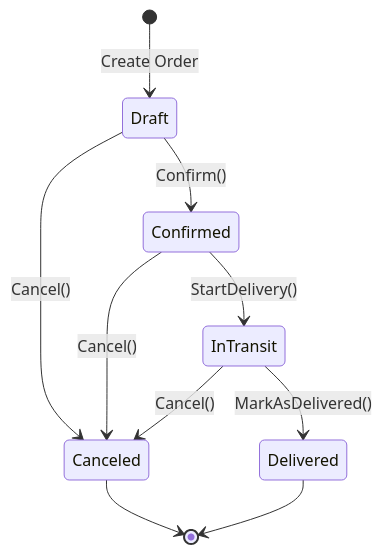
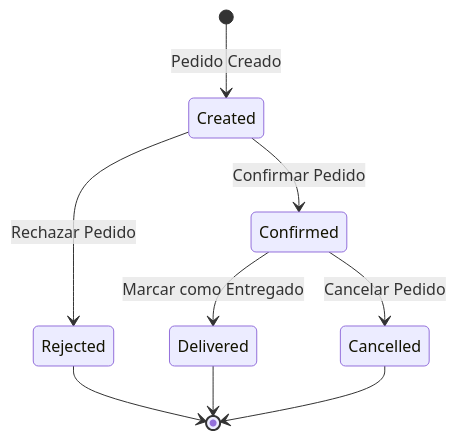
Before and after one commit to ingnlema/Conaprole: the second of 4 diagrams in docs/architecture/data-model.md, drawn with Mermaid. The commit also changed other lines of this file, not shown here.

````diff
--- a/docs/architecture/data-model.md
+++ b/docs/architecture/data-model.md
@@ -193,12 +193,11 @@
 ```mermaid
 stateDiagram-v2
-    [*] --> Draft : Create Order
-    Draft --> Confirmed : Confirm()
-    Draft --> Canceled : Cancel()
-    Confirmed --> InTransit : StartDelivery()
-    Confirmed --> Canceled : Cancel()
-    InTransit --> Delivered : MarkAsDelivered()
-    InTransit --> Canceled : Cancel()
-    Canceled --> [*]
+    [*] --> Created: Pedido Creado
+    Created --> Confirmed: Confirmar Pedido
+    Created --> Rejected: Rechazar Pedido
+    Confirmed --> Delivered: Marcar como Entregado
+    Confirmed --> Cancelled: Cancelar Pedido
+    Rejected --> [*]
     Delivered --> [*]
+    Cancelled --> [*]
 ```
````
